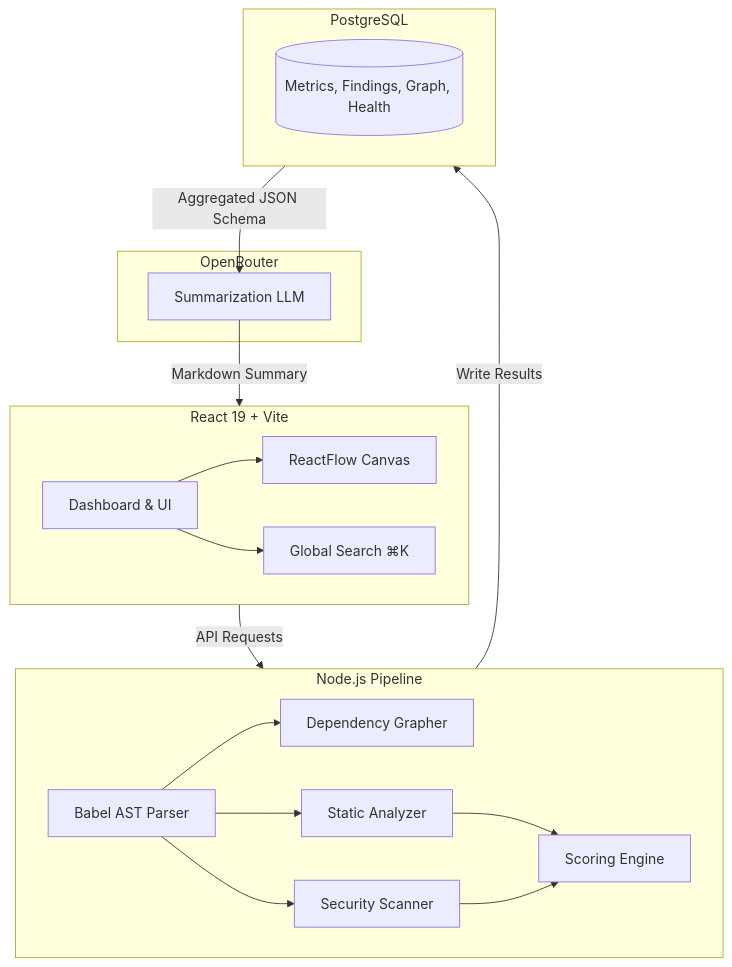
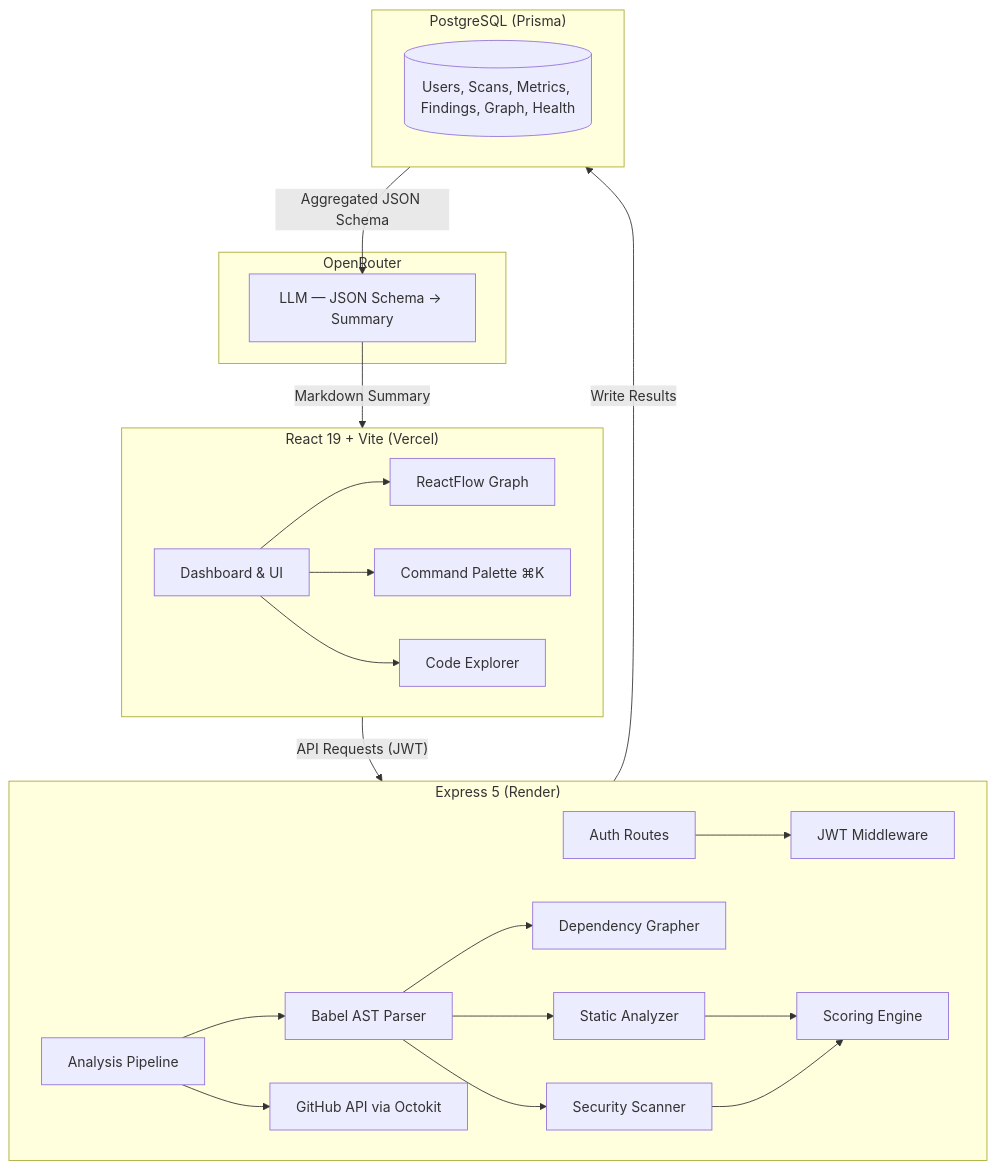
Before and after one commit to adtshrm007/RepoLens: the diagram in README.md, drawn with Mermaid. The commit also changed other lines of this file, not shown here.

````diff
--- a/README.md
+++ b/README.md
@@ -125,28 +149,32 @@
 ```mermaid
 graph TD
-    subgraph Client [React 19 + Vite]
-        A[Dashboard & UI] --> B[ReactFlow Canvas]
-        A --> C[Global Search ⌘K]
+    subgraph Client ["React 19 + Vite (Vercel)"]
+        A[Dashboard & UI] --> B[ReactFlow Graph]
+        A --> C[Command Palette ⌘K]
+        A --> D[Code Explorer]
     end
 
-    subgraph Engines [Node.js Pipeline]
-        D[Babel AST Parser] --> E[Dependency Grapher]
-        D --> F[Static Analyzer]
-        D --> G[Security Scanner]
-        F --> H[Scoring Engine]
-        G --> H
+    subgraph Server ["Express 5 (Render)"]
+        E[Auth Routes] --> F[JWT Middleware]
+        G[Analysis Pipeline] --> H[Babel AST Parser]
+        H --> I[Dependency Grapher]
+        H --> J[Static Analyzer]
+        H --> K[Security Scanner]
+        J --> L[Scoring Engine]
+        K --> L
+        G --> M[GitHub API via Octokit]
     end
 
-    subgraph Database [PostgreSQL]
-        I[(Metrics, Findings, Graph, Health)]
-    end
-    
-    subgraph AI [OpenRouter]
-        J[Summarization LLM]
+    subgraph AI ["OpenRouter"]
+        N[LLM — JSON Schema → Summary]
     end
 
-    Client -- API Requests --> Engines
-    Engines -- Write Results --> Database
-    Database -- Aggregated JSON Schema --> J
-    J -- Markdown Summary --> Client
+    subgraph DB ["PostgreSQL (Prisma)"]
+        O[(Users, Scans, Metrics, Findings, Graph, Health)]
+    end
+
+    Client -- "API Requests (JWT)" --> Server
+    Server -- "Write Results" --> DB
+    DB -- "Aggregated JSON Schema" --> N
+    N -- "Markdown Summary" --> Client
 ```
````
